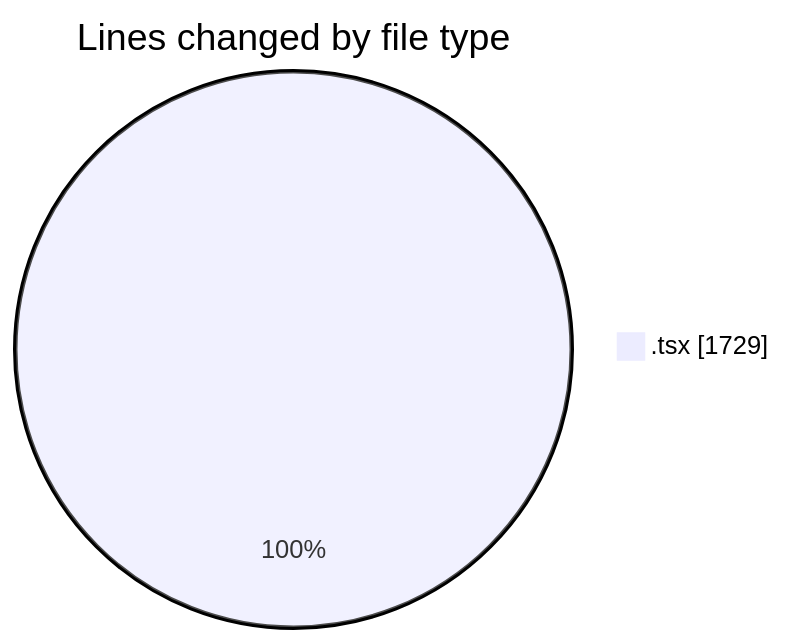
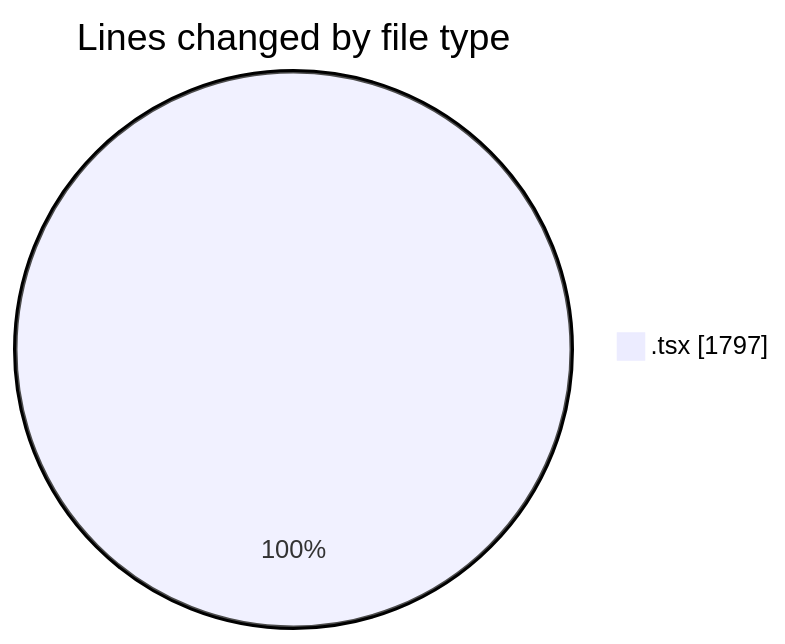
One commit to Elitesun/code-tracking changed the first of 2 diagrams in 2025-05-07/niten/README.md. Above: the diagram before and after it, drawn with Mermaid. The commit also changed other lines of this file and 1 other file, not shown here.

````diff
--- a/2025-05-07/niten/README.md
+++ b/2025-05-07/niten/README.md
@@ -35,5 +35,5 @@
 ```mermaid
 pie showData
 title Lines changed by file type
-".tsx" : 1729
+".tsx" : 1797
 ```
````
